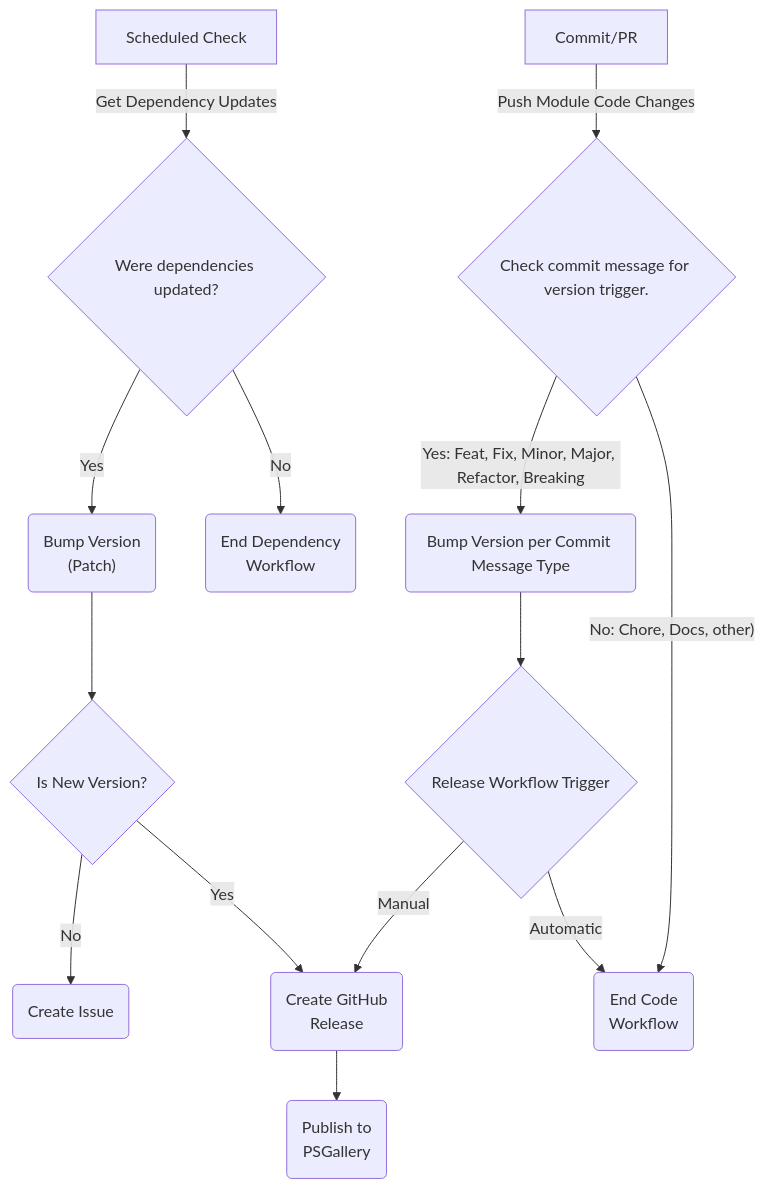
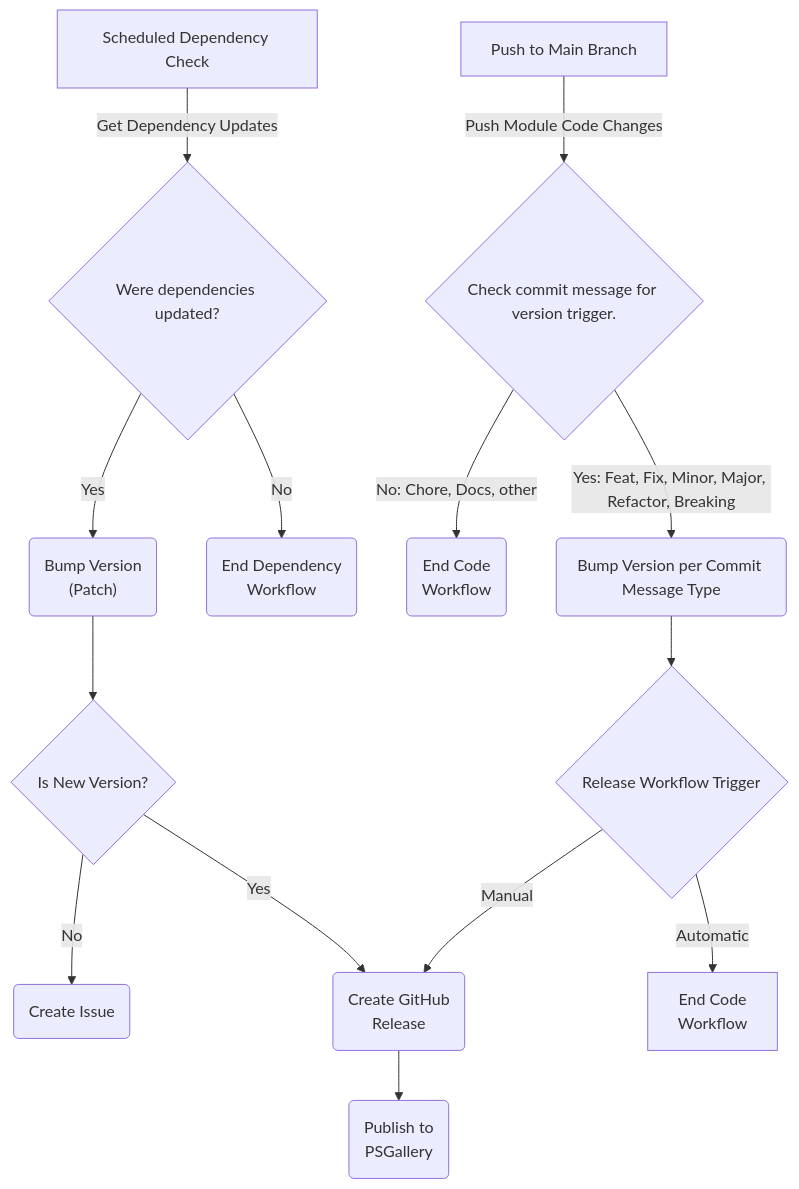
Before and after one commit to SamErde/DLLPickle: the diagram in .github/workflows/WorkflowDesign.mermaid, drawn with Mermaid.

Commit message:
docs: Update layout and fix typo in WorkflowDiagram

```diff
--- a/.github/workflows/WorkflowDesign.mermaid
+++ b/.github/workflows/WorkflowDesign.mermaid
@@ -1,17 +1,19 @@
 flowchart TD
-    A[Scheduled Check] --> |Get Dependency Updates| IsUpdates
-    B[Commit/PR] --> |Push Module Code Changes| IsVersion
+    A[Scheduled Dependency Check] --> | Get Dependency Updates | DependencyUpdates
+    B[Push to Main Branch] --> | Push Module Code Changes | PushCommit
 
-    IsUpdates{Were dependencies updated?}
-    IsUpdates -->|No|EndWorkflow(End Dependency<br />Workflow)
-    IsUpdates -->|Yes|BumpVersionD("Bump Version<br />(Patch)")
-    BumpVersionD --> IsNewRelease{Is New Version?}
-    IsNewRelease -->|Yes| CreateRelease("Create GitHub<br />Release") --> PublishModule(Publish to<br />PSGallery)
-    IsNewRelease -->|No| CreateIssue(Create Issue)
+    DependencyUpdates{Were dependencies updated?}
+    DependencyUpdates --> | Yes | BumpVersionDependencies("Bump Version<br />(Patch)")
+    DependencyUpdates --> | No | EndWorkflow("End Dependency<br />Workflow")
+    BumpVersionDependencies --> IsNewVersion{Is New Version?}
+    IsNewVersion --> | No | CreateIssue(Create Issue)
+    IsNewVersion --> | Yes | CreateRelease
 
-    IsVersion{Check commit message for version trigger.}
-    IsVersion -->|"No: Chore, Docs, other)"|EndPush(End Code<br />Workflow)
-    IsVersion -->|"Yes: Feat, Fix, Minor, Major, Refactor, Breaking"|BumpVersionP("Bump Version per Commit Message Type")
-    BumpVersionP --> ReleaseTrigger{Release Workflow Trigger}
-    ReleaseTrigger -->|Automatic|EndPush
-    ReleaseTrigger -->|Manual|CreateRelease
+    PushCommit{Check commit message for version trigger.}
+    PushCommit --> |"No: Chore, Docs, other" | EndPush(End Code<br />Workflow)
+    PushCommit --> |"Yes: Feat, Fix, Minor, Major, Refactor, Breaking" | BumpVersionPush("Bump Version per Commit Message Type")
+    BumpVersionPush --> ReleaseTrigger{Release Workflow Trigger}
+    ReleaseTrigger --> | Automatic | EndPushWorkflow["End Code<br />Workflow"]
+    ReleaseTrigger --> | Manual | CreateRelease
+
+    CreateRelease("Create GitHub<br />Release") --> PublishModule(Publish to<br />PSGallery)
```
